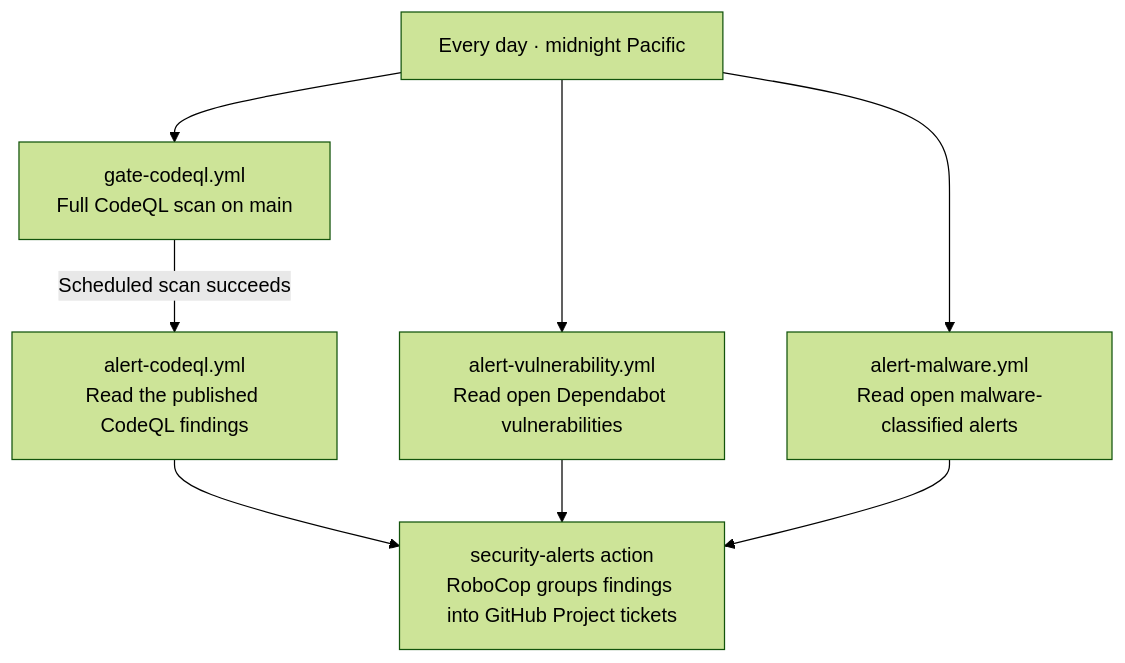
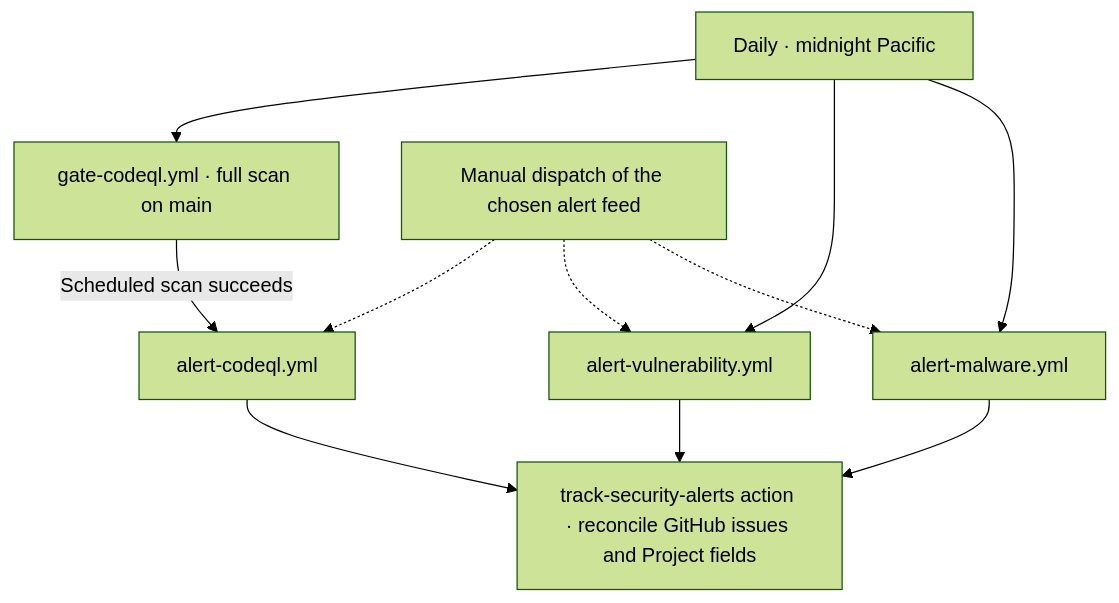
Before and after one commit to VanillaIceCube/MacroMapper: the third of 4 diagrams in .github/workflows/README.md, drawn with Mermaid (forest theme). The commit also changed other lines of this file and 116 other files, not shown here.

Commit message:
Standardize GitHub automation scripts, actions, and tests

````diff
--- a/.github/workflows/README.md
+++ b/.github/workflows/README.md
@@ -633,14 +81,9 @@
 ```mermaid
 flowchart TD
-    MIDNIGHT["Every day · midnight Pacific"]
-    SCAN["gate-codeql.yml<br/>Full CodeQL scan on main"]
-    C["alert-codeql.yml<br/>Read the published CodeQL findings"]
-    V["alert-vulnerability.yml<br/>Read open Dependabot vulnerabilities"]
-    M["alert-malware.yml<br/>Read open malware-classified alerts"]
-    P["security-alerts action<br/>RoboCop groups findings into GitHub Project tickets"]
-    MIDNIGHT --> SCAN
-    MIDNIGHT --> V
-    MIDNIGHT --> M
-    SCAN -->|"Scheduled scan succeeds"| C
-    C & V & M --> P
+    D["Daily · midnight Pacific"] --> Q["gate-codeql.yml · full scan on main"]
+    Q -->|"Scheduled scan succeeds"| C["alert-codeql.yml"]
+    D --> V["alert-vulnerability.yml"]
+    D --> M["alert-malware.yml"]
+    MANUAL["Manual dispatch of the chosen alert feed"] -.-> C & V & M
+    C & V & M --> P["track-security-alerts action · reconcile GitHub issues and Project fields"]
 ```
````
